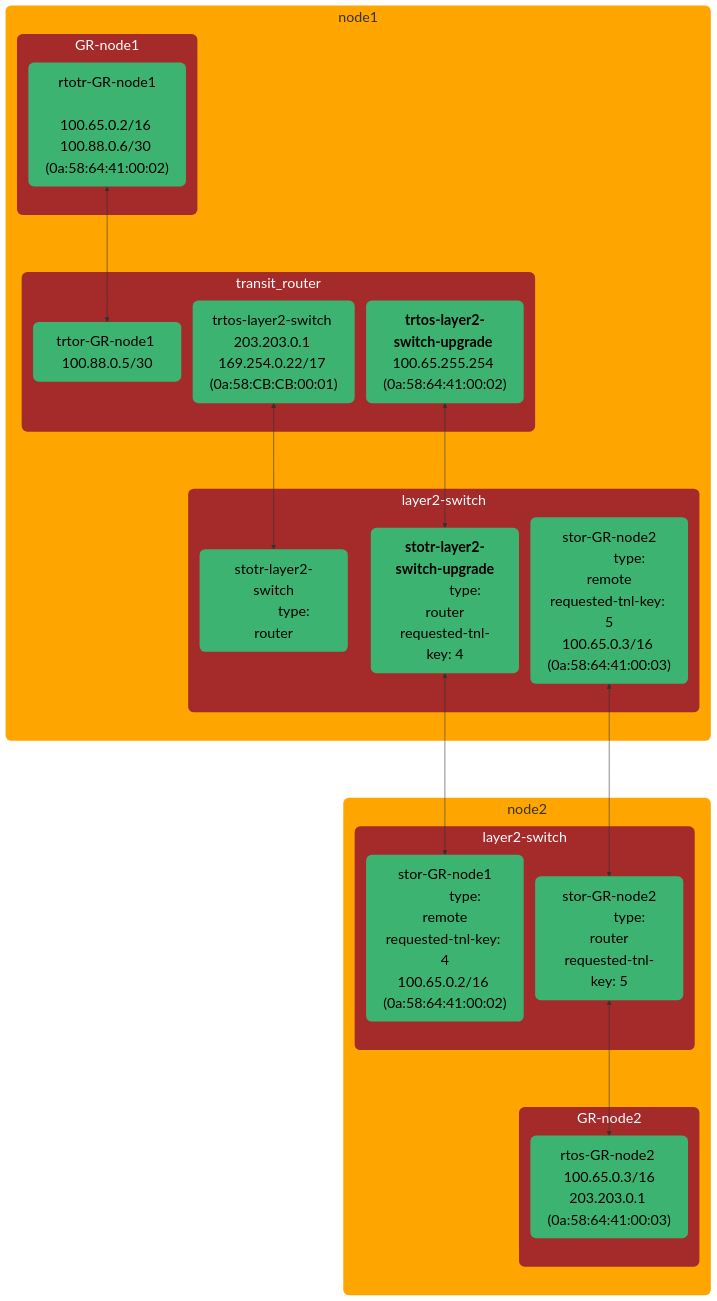
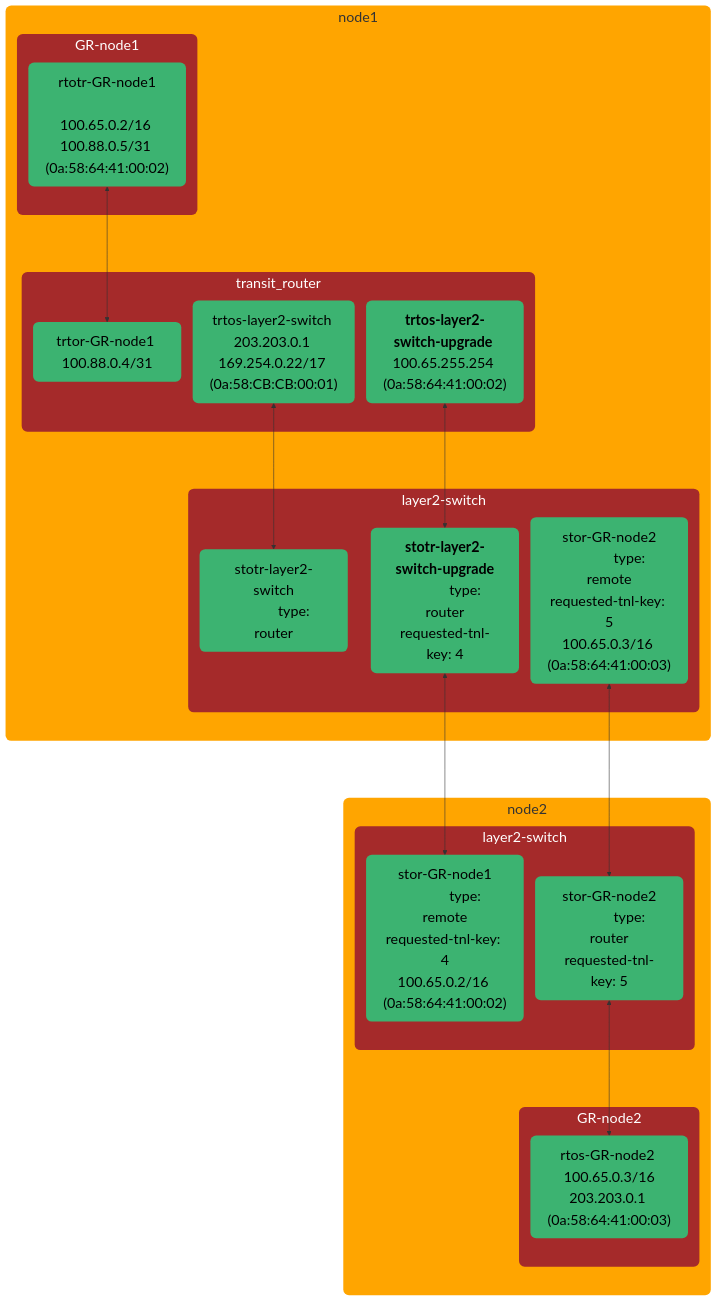
The eighth of 8 diagrams in docs/okeps/okep-5094-layer2-transit-router.md (ovn-kubernetes/ovn-kubernetes), drawn with Mermaid before and after one commit. The commit also changed other lines of this file, not shown here.

````diff
--- a/docs/okeps/okep-5094-layer2-transit-router.md
+++ b/docs/okeps/okep-5094-layer2-transit-router.md
@@ -798,67 +780,67 @@
 ```mermaid
 %%{init: {"nodeSpacing": 20, "rankSpacing": 100}}%%
 flowchart TD
     classDef nodeStyle fill:orange,stroke:none,rx:10px,ry:10px,font-size:25px;
     classDef vmStyle fill:blue,stroke:none,color:white,rx:10px,ry:10px,font-size:25px;
     classDef portStyle fill:#3CB371,color:black,stroke:none,rx:10px,ry:10px,font-size:25px;
     classDef routerStyle fill:brown,color:white,stroke:none,rx:10px,ry:10px,font-size:25px;
     classDef switchStyle fill:brown,color:white,stroke:none,rx:10px,ry:10px,font-size:25px;
     classDef termStyle font-family:monospace,fill:black,stroke:none,color:white;
     subgraph node2
         subgraph GR-node2
             rtos-GR-node2["rtos-GR-node2 100.65.0.3/16<br>203.203.0.1 (0a:58:64:41:00:03)"]
         end
         subgraph layer2-switch_node2["layer2-switch"]
             stor-GR-node1["stor-GR-node1
             type: remote<br>requested-tnl-key: 4<br>100.65.0.2/16 (0a:58:64:41:00:02)"]
             stor-GR-node2["stor-GR-node2
             type: router<br>requested-tnl-key: 5"]
         end
     end
     subgraph node1["node1"]
         subgraph GR-node1
             rtotr-GR-node1["rtotr-GR-node1
-            100.65.0.2/16 100.88.0.6/30 (0a:58:64:41:00:02)"]
+            100.65.0.2/16 100.88.0.5/31 (0a:58:64:41:00:02)"]
         end
         subgraph transit_router_node1["transit_router "]
-            trtor-GR-node1["trtor-GR-node1 100.88.0.5/30"]
+            trtor-GR-node1["trtor-GR-node1 100.88.0.4/31"]
             rtos-layer2-switch["trtos-layer2-switch 203.203.0.1 169.254.0.22/17 (0a:58:CB:CB:00:01)"]
             trtos-layer2-switch-upgrade["<b>trtos-layer2-switch-upgrade</b> 100.65.255.254 (0a:58:64:41:00:02)"]
         end
         subgraph layer2-switch_node1["layer2-switch"]
             stotr-layer2-switch["stotr-layer2-switch
             type: router"]
             stotr-layer2-switch-upgrade["<b>stotr-layer2-switch-upgrade</b>
             type: router<br>requested-tnl-key: 4"]
             stor-GR-node1-node2["stor-GR-node2
             type: remote<br>requested-tnl-key: 5<br>100.65.0.3/16 (0a:58:64:41:00:03)"]
         end
     end
 
     rtotr-GR-node1 <--> trtor-GR-node1
     rtos-layer2-switch <--> stotr-layer2-switch
     stotr-layer2-switch-upgrade <--> stor-GR-node1
     stor-GR-node2 <--> rtos-GR-node2
     stor-GR-node1-node2 <--> stor-GR-node2
     trtos-layer2-switch-upgrade <--> stotr-layer2-switch-upgrade
 
     class VM vmStyle;
     class rtotr-GR-node1 portStyle;
     class rtos-GR-node2 portStyle;
     class stor-GR-node2 portStyle;
     class stor-GR-node1-node2 portStyle;
     class stor-GR-node1 portStyle;
     class trtor-GR-node1 portStyle;
     class trtor-GR-node2 portStyle;
     class stotr-layer2-switch portStyle;
     class stotr-layer2-switch-upgrade portStyle;
     class rtos-layer2-switch portStyle;
     class trtos-layer2-switch-upgrade portStyle;
     class GR-node1 routerStyle;
     class GR-node2 routerStyle;
     class transit_router_node1 routerStyle;
     class layer2-switch_node1 switchStyle;
     class layer2-switch_node2 switchStyle;
     class term termStyle;
     class node1,node2 nodeStyle;
 ```
````
